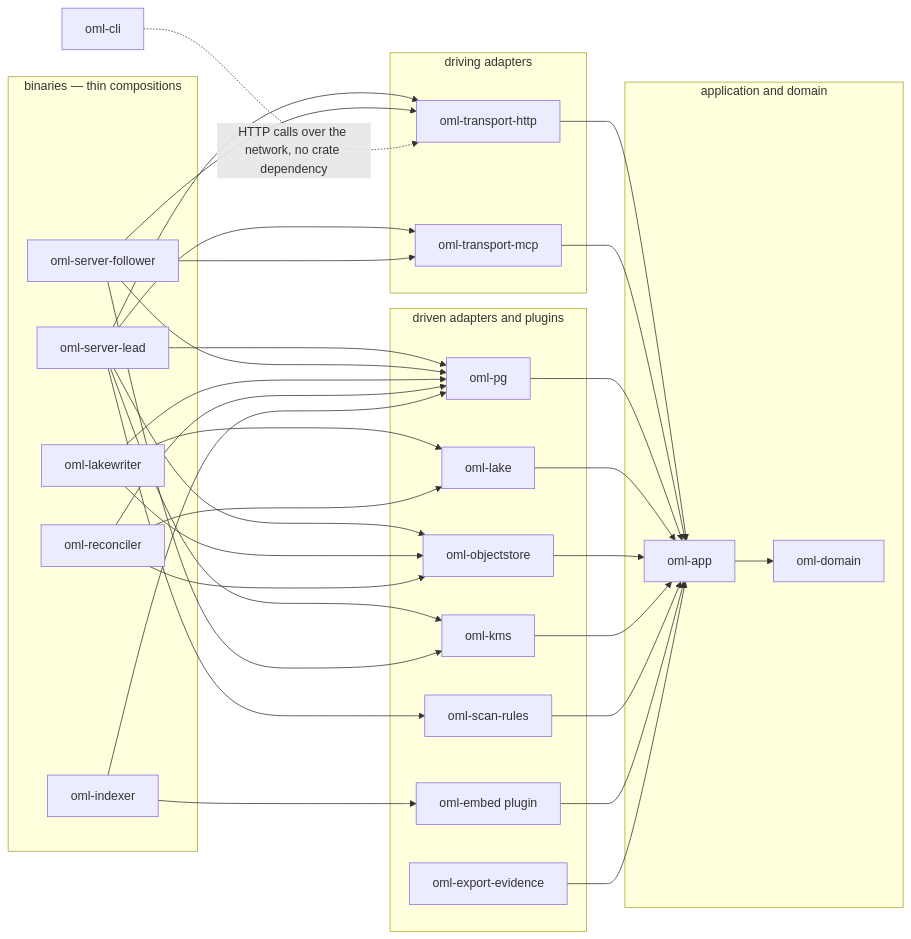
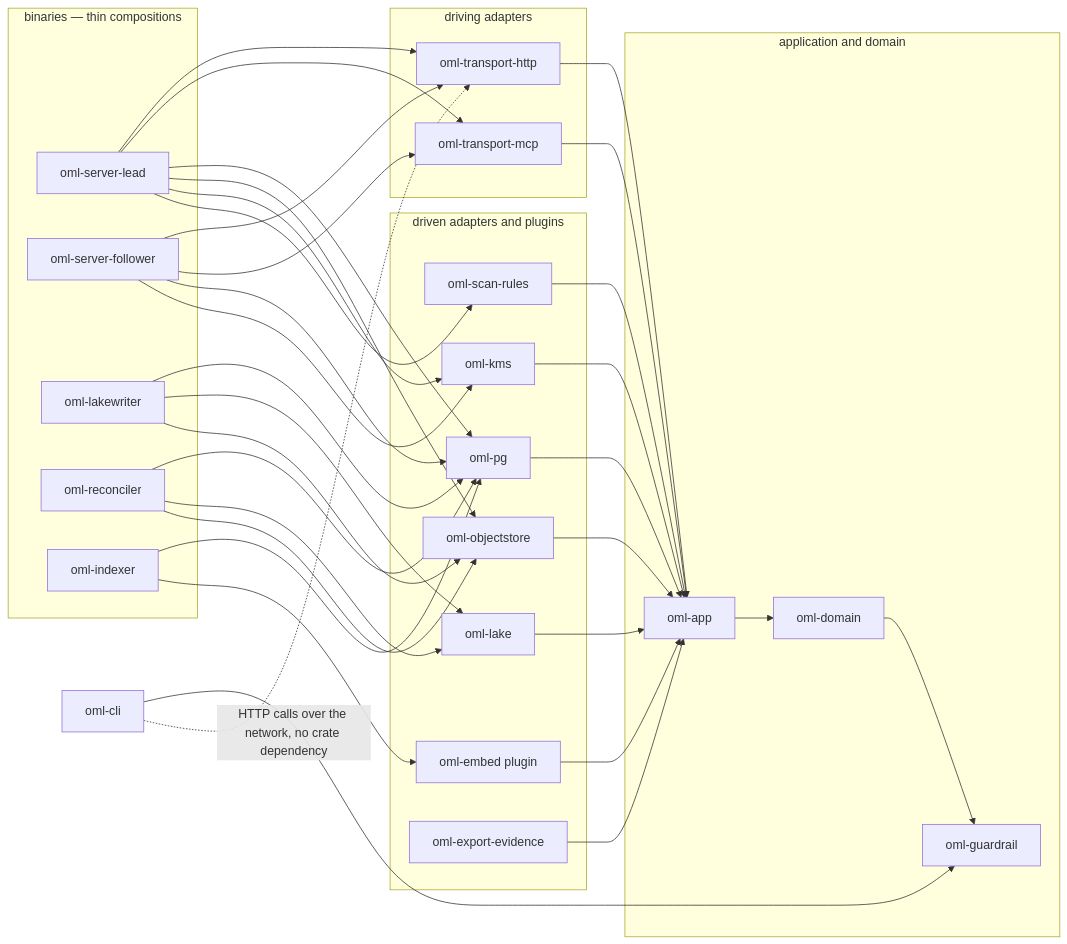
One commit to e8kor/open-memory-lab changed the diagram in docs/engineering/workspace-plan.md. Above: the diagram before and after it, drawn with Mermaid. The commit also changed other lines of this file and 3 other files, not shown here.

````diff
--- a/docs/engineering/workspace-plan.md
+++ b/docs/engineering/workspace-plan.md
@@ -69,58 +70,61 @@
 ```mermaid
 graph LR
     subgraph driving["driving adapters"]
         HTTP[oml-transport-http]
         MCP[oml-transport-mcp]
     end
     subgraph core["application and domain"]
         APP[oml-app]
         DOM[oml-domain]
+        GR[oml-guardrail]
     end
     subgraph driven["driven adapters and plugins"]
         PG[oml-pg]
         LAKE[oml-lake]
         OBJ[oml-objectstore]
         KMS[oml-kms]
         SCAN[oml-scan-rules]
         EMB[oml-embed plugin]
         EXP[oml-export-evidence]
     end
     subgraph bins["binaries — thin compositions"]
         LEAD[oml-server-lead]
         FOL[oml-server-follower]
         LW[oml-lakewriter]
         REC[oml-reconciler]
         IDX[oml-indexer]
     end
     CLI[oml-cli]
 
     HTTP --> APP
     MCP --> APP
     APP --> DOM
+    DOM --> GR
+    CLI --> GR
     PG --> APP
     LAKE --> APP
     OBJ --> APP
     KMS --> APP
     SCAN --> APP
     EMB --> APP
     EXP --> APP
     LEAD --> HTTP
     LEAD --> MCP
     LEAD --> PG
     LEAD --> OBJ
     LEAD --> KMS
     LEAD --> SCAN
     FOL --> HTTP
     FOL --> MCP
     FOL --> PG
     FOL --> KMS
     LW --> PG
     LW --> LAKE
     LW --> OBJ
     REC --> PG
     REC --> LAKE
     REC --> OBJ
     IDX --> PG
     IDX --> EMB
     CLI -. HTTP calls over the network, no crate dependency .-> HTTP
 ```
````
